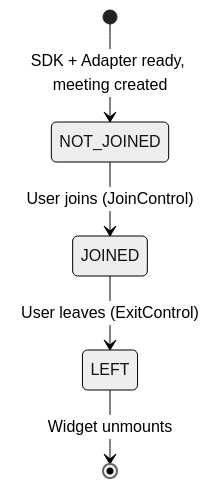
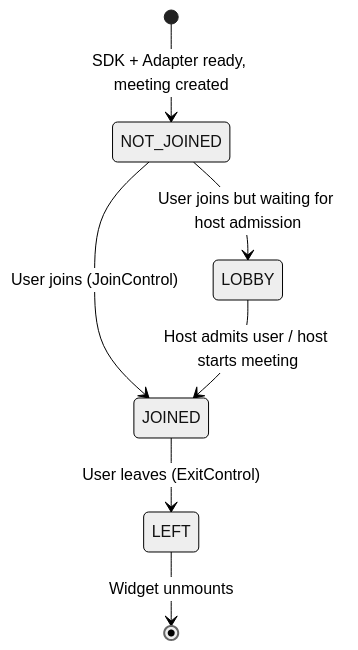
Diagram 13 of 13 in packages/@webex/widgets/ai-docs/ARCHITECTURE.md (webex/widgets), drawn with Mermaid (neutral theme) before and after one commit. The commit also changed other lines of this file and 1 other file, not shown here.

Commit message:
docs(ai-docs): mention lobby

````diff
--- a/packages/@webex/widgets/ai-docs/ARCHITECTURE.md
+++ b/packages/@webex/widgets/ai-docs/ARCHITECTURE.md
@@ -665,10 +667,13 @@
 ```mermaid
 stateDiagram-v2
     [*] --> NOT_JOINED: SDK + Adapter ready, meeting created
 
     NOT_JOINED --> JOINED: User joins (JoinControl)
+    NOT_JOINED --> LOBBY: User joins but waiting for host admission
+
+    LOBBY --> JOINED: Host admits user / host starts meeting
 
     JOINED --> LEFT: User leaves (ExitControl)
 
     LEFT --> [*]: Widget unmounts
 ```
````
